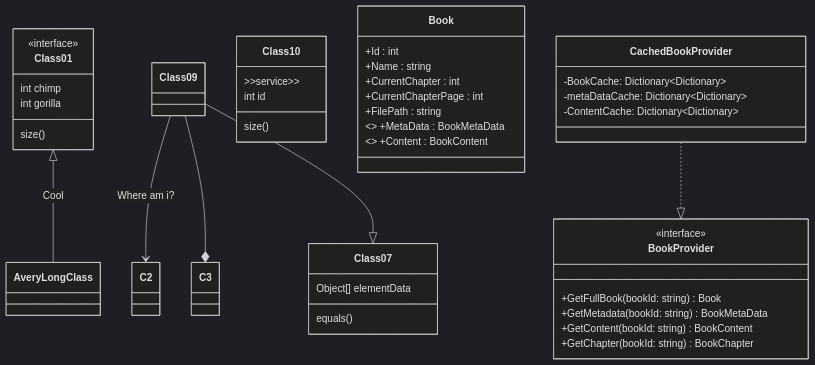
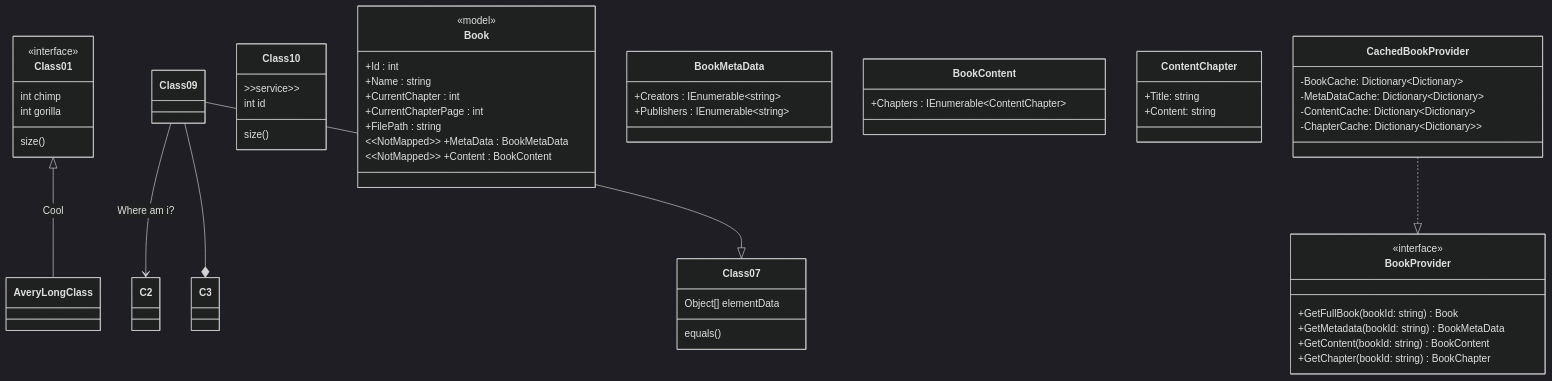
Before and after one commit to JulianKirk/ReadOtter: the diagram in README.md, drawn with Mermaid (dark theme).

Commit message:
adding model types

````diff
--- a/README.md
+++ b/README.md
@@ -3,43 +3,59 @@
 ```mermaid
 classDiagram
 Class01 <|-- AveryLongClass : Cool
 <<interface>> Class01
 Class09 --> C2 : Where am i?
 Class09 --* C3
 Class09 --|> Class07
 Class07 : equals()
 Class07 : Object[] elementData
 Class01 : size()
 Class01 : int chimp
 Class01 : int gorilla
 class Class10 {
   >>service>>
   int id
   size()
 }
 class Book{
+    <<model>>
     +Id : int
     +Name : string
     +CurrentChapter : int
     +CurrentChapterPage : int
     +FilePath : string
-    <<NotMapped>> +MetaData : BookMetaData
-    <<NotMapped>> +Content : BookContent
+    &lt&ltNotMapped&gt&gt +MetaData : BookMetaData
+    &lt&ltNotMapped&gt&gt +Content : BookContent
+}
+
+class BookMetaData{
+    +Creators : IEnumerable&ltstring&gt
+    +Publishers : IEnumerable&ltstring&gt
+}
+
+class BookContent{
+    +Chapters : IEnumerable&ltContentChapter&gt
+}
+
+class ContentChapter{
+    +Title: string
+    +Content: string
 }
 
 class BookProvider {
   <<interface>>
   +GetFullBook(bookId: string) Book
   +GetMetadata(bookId: string) BookMetaData
   +GetContent(bookId: string) BookContent
   +GetChapter(bookId: string) BookChapter
 }
 
 class CachedBookProvider {
     -BookCache: Dictionary&lt;Dictionary<int, Book>&gt;
-    -metaDataCache: Dictionary&lt;Dictionary<int, BookMetaData>&gt;
+    -MetaDataCache: Dictionary&lt;Dictionary<int, BookMetaData>&gt;
     -ContentCache: Dictionary&lt;Dictionary<int, BookContent>&gt;
+    -ChapterCache: Dictionary&lt;Dictionary<int, List<BookChapter>>&gt;
  }
 
 CachedBookProvider ..|> BookProvider
 ```
````
